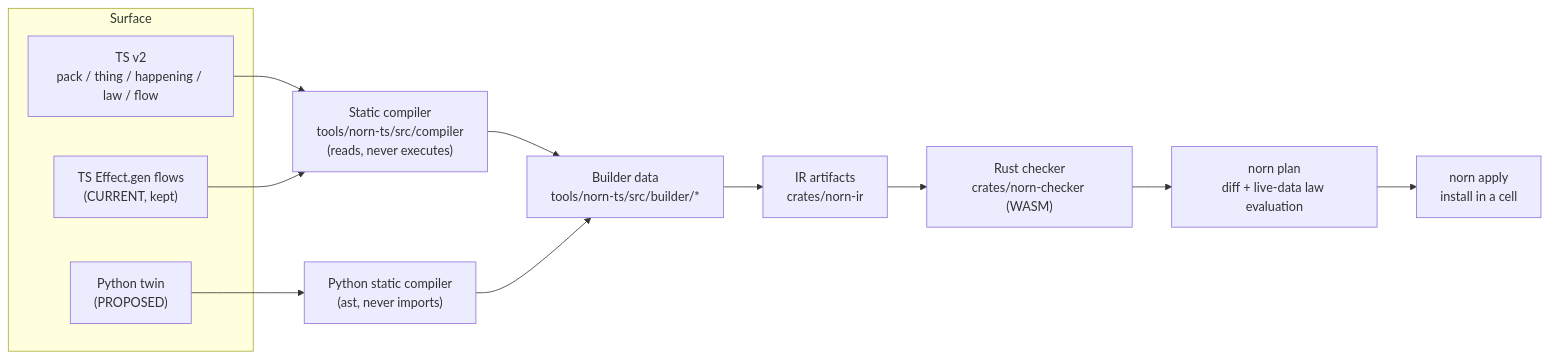
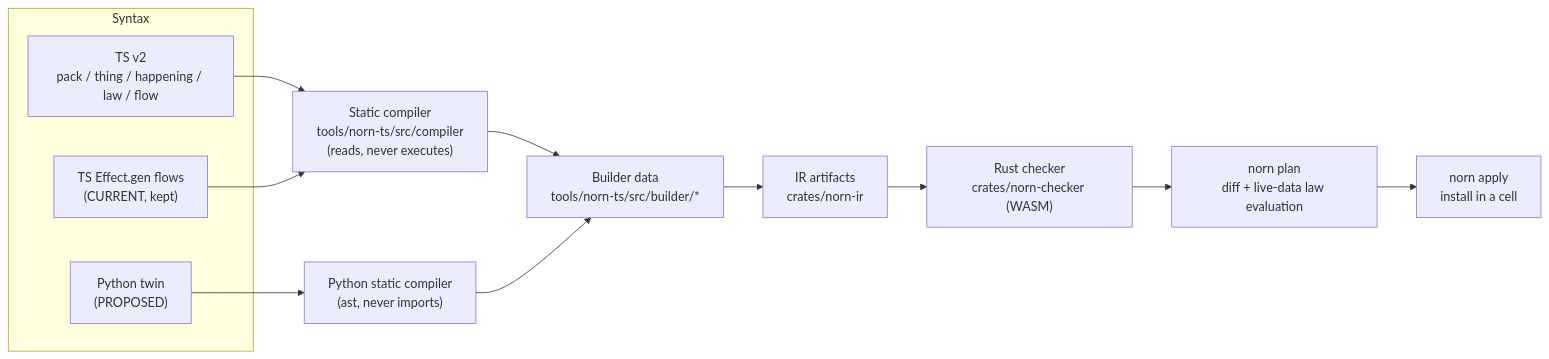
Before and after one commit to Norn-cloud/norn: the first of 4 diagrams in docs/authoring/dx-spec.md, drawn with Mermaid. The commit also changed other lines of this file and 13 other files, not shown here.

````diff
--- a/docs/authoring/dx-spec.md
+++ b/docs/authoring/dx-spec.md
@@ -54,17 +54,17 @@
 ```mermaid
 flowchart LR
-  subgraph Surface
+  subgraph Syntax
     TS["TS v2<br/>pack / thing / happening / law / flow"]
     EG["TS Effect.gen flows<br/>(CURRENT, kept)"]
     PY["Python twin<br/>(PROPOSED)"]
   end
   TS --> C["Static compiler<br/>tools/norn-ts/src/compiler<br/>(reads, never executes)"]
   EG --> C
   PY --> PC["Python static compiler<br/>(ast, never imports)"]
   C --> B["Builder data<br/>tools/norn-ts/src/builder/*"]
   PC --> B
   B --> IR["IR artifacts<br/>crates/norn-ir"]
   IR --> K["Rust checker<br/>crates/norn-checker (WASM)"]
   K --> P["norn plan<br/>diff + live-data law evaluation"]
   P --> A["norn apply<br/>install in a cell"]
 ```
````
